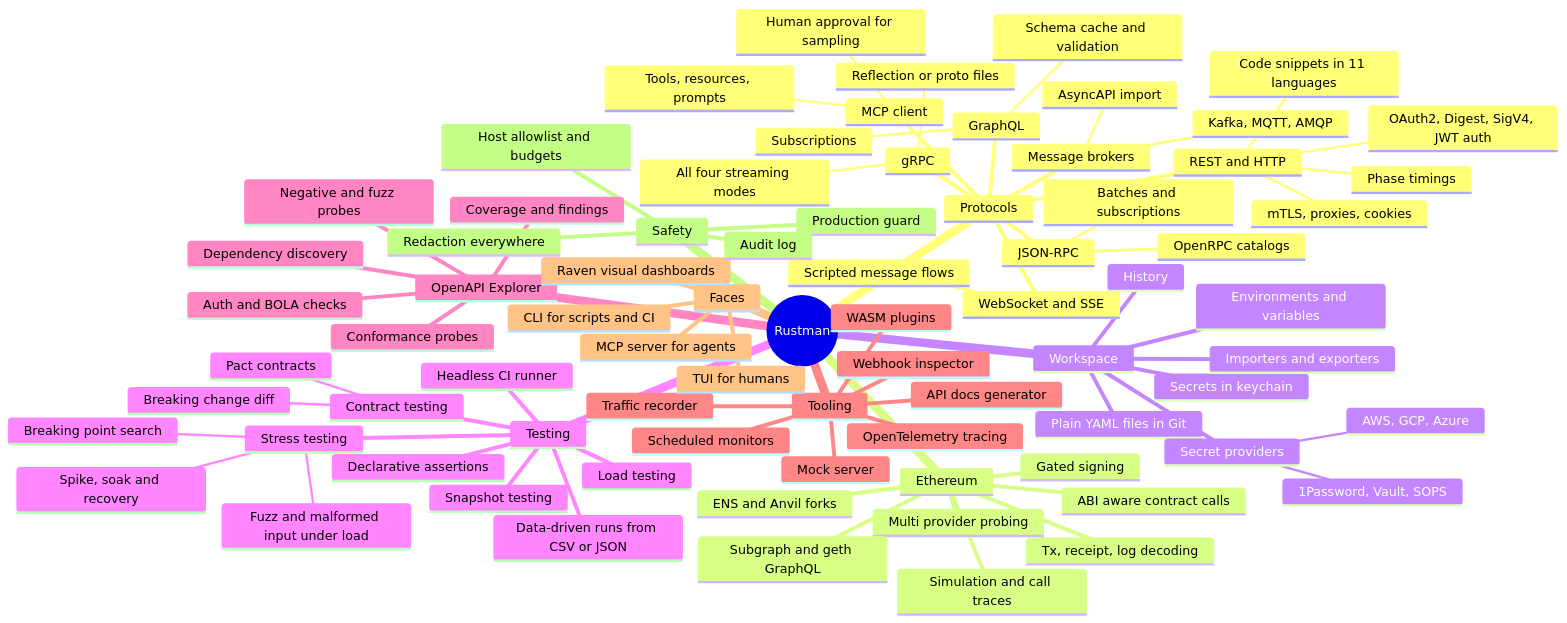
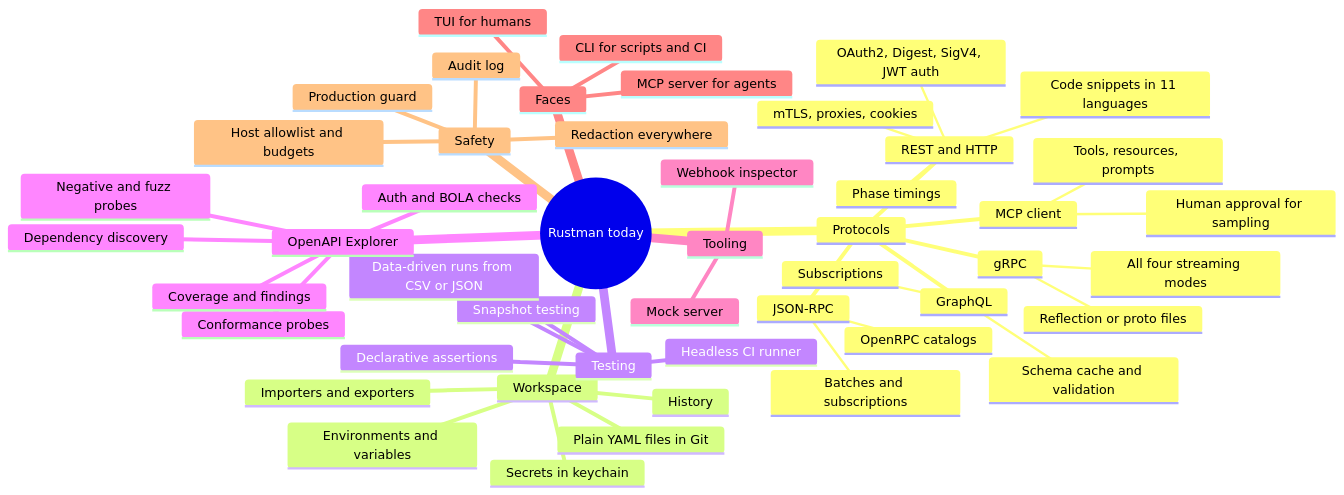
One commit to CyberdyneCorp/rustman changed the first of 3 diagrams in README.md. Above: the diagram before and after it, drawn with Mermaid. The commit also changed other lines of this file and 41 other files, not shown here.

````diff
--- a/README.md
+++ b/README.md
@@ -45,81 +60,51 @@
 ```mermaid
 mindmap
-  root((Rustman))
+  root((Rustman today))
     Protocols
       REST and HTTP
         OAuth2, Digest, SigV4, JWT auth
         Code snippets in 11 languages
         mTLS, proxies, cookies
         Phase timings
       GraphQL
         Schema cache and validation
         Subscriptions
       MCP client
         Tools, resources, prompts
         Human approval for sampling
       gRPC
         Reflection or proto files
         All four streaming modes
-      WebSocket and SSE
-        Scripted message flows
-      Message brokers
-        Kafka, MQTT, AMQP
-        AsyncAPI import
       JSON-RPC
         Batches and subscriptions
         OpenRPC catalogs
-    Ethereum
-      ABI aware contract calls
-      Tx, receipt, log decoding
-      Simulation and call traces
-      ENS and Anvil forks
-      Gated signing
-      Multi provider probing
-      Subgraph and geth GraphQL
     Workspace
       Plain YAML files in Git
       Environments and variables
       Secrets in keychain
-      Secret providers
-        1Password, Vault, SOPS
-        AWS, GCP, Azure
       Importers and exporters
       History
     Testing
       Declarative assertions
       Snapshot testing
       Headless CI runner
       Data-driven runs from CSV or JSON
-      Load testing
-      Stress testing
-        Breaking point search
-        Fuzz and malformed input under load
-        Spike, soak and recovery
-      Contract testing
-        Breaking change diff
-        Pact contracts
     OpenAPI Explorer
       Dependency discovery
       Conformance probes
       Negative and fuzz probes
       Auth and BOLA checks
       Coverage and findings
     Tooling
       Mock server
-      Traffic recorder
       Webhook inspector
-      Scheduled monitors
-      API docs generator
-      OpenTelemetry tracing
-      WASM plugins
     Faces
       TUI for humans
       CLI for scripts and CI
       MCP server for agents
-      Raven visual dashboards
     Safety
       Host allowlist and budgets
       Production guard
       Redaction everywhere
       Audit log
 ```
````
